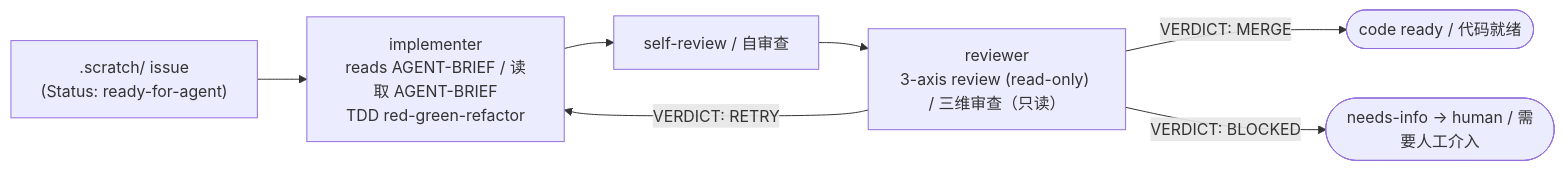
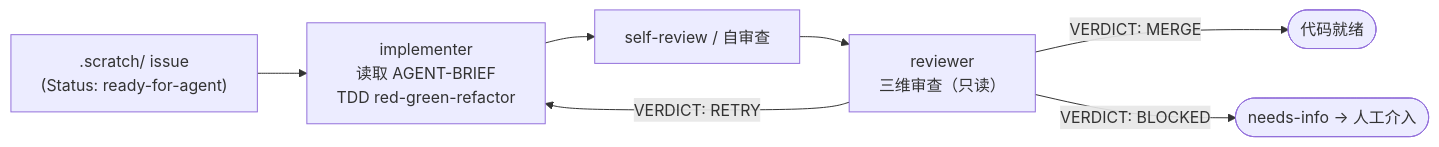
The diagram in README.md (MatthewYe/opencode-toolbox), drawn with Mermaid before and after one commit. The commit also changed other lines of this file and 1 other file, not shown here.

````diff
--- a/README.md
+++ b/README.md
@@ -94,9 +79,9 @@
 ```mermaid
 flowchart LR
-    I[".scratch/ issue<br/>(Status: ready-for-agent)"] --> IM["implementer<br/>reads AGENT-BRIEF / 读取 AGENT-BRIEF<br/>TDD red-green-refactor"]
+    I[".scratch/ issue<br/>(Status: ready-for-agent)"] --> IM["implementer<br/>读取 AGENT-BRIEF<br/>TDD red-green-refactor"]
     IM --> SR["self-review / 自审查"]
-    SR --> RV["reviewer<br/>3-axis review (read-only) / 三维审查（只读）"]
-    RV -->|"VERDICT: MERGE"| DONE(["code ready / 代码就绪"])
+    SR --> RV["reviewer<br/>三维审查（只读）"]
+    RV -->|"VERDICT: MERGE"| DONE(["代码就绪"])
     RV -->|"VERDICT: RETRY"| IM
-    RV -->|"VERDICT: BLOCKED"| HUMAN(["needs-info → human / 需要人工介入"])
+    RV -->|"VERDICT: BLOCKED"| HUMAN(["needs-info → 人工介入"])
 ```
````
